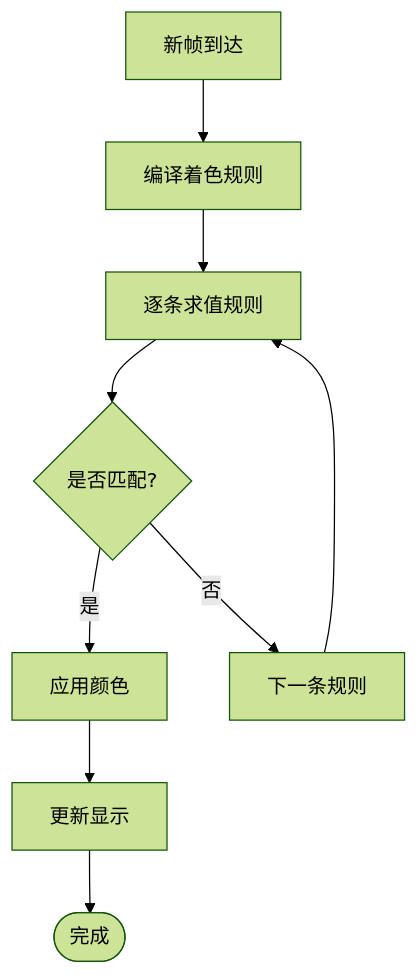
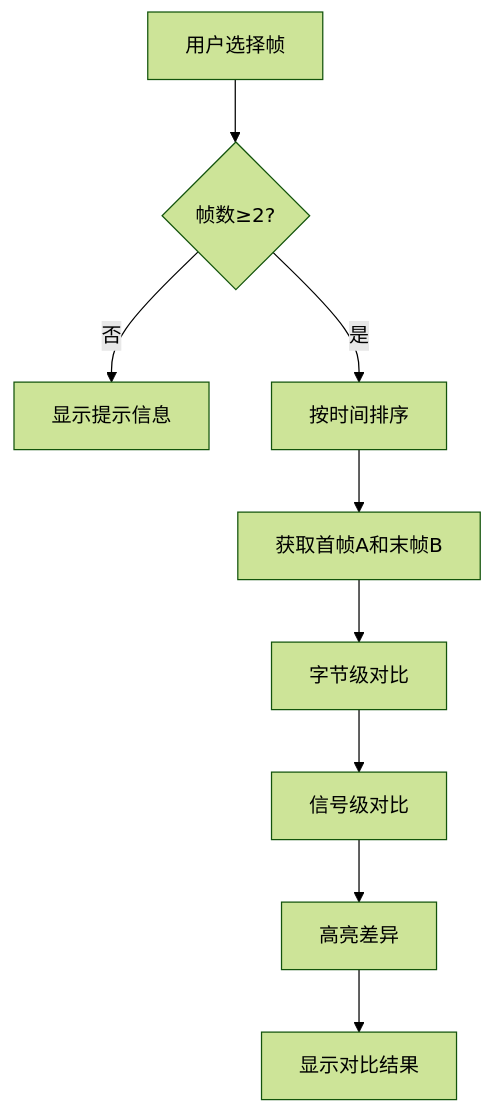
One commit to jakecai1225-design/OpenBus changed the sixth of 8 diagrams in .qoder/repowiki/zh/content/项目概述/CAN总线分析工具.md. Above: the diagram before and after it, drawn with Mermaid (forest theme). The commit also changed other lines of this file and 22 other files, not shown here.

Commit message:
trace graphic

````diff
--- a/.qoder/repowiki/zh/content/项目概述/CAN总线分析工具.md
+++ b/.qoder/repowiki/zh/content/项目概述/CAN总线分析工具.md
@@ -708,11 +692,11 @@
 ```mermaid
 flowchart TD
-NewFrame["新帧到达"] --> CompileRules["编译着色规则"]
-CompileRules --> EvaluateRules["逐条求值规则"]
-EvaluateRules --> CheckMatch{"是否匹配?"}
-CheckMatch --> |是| ApplyColor["应用颜色"]
-CheckMatch --> |否| NextRule["下一条规则"]
-NextRule --> EvaluateRules
-ApplyColor --> UpdateDisplay["更新显示"]
-UpdateDisplay --> End(["完成"])
+UserSelect["用户选择帧"] --> CheckCount{"帧数≥2?"}
+CheckCount --> |否| ShowHint["显示提示信息"]
+CheckCount --> |是| SortTime["按时间排序"]
+SortTime --> GetAB["获取首帧A和末帧B"]
+GetAB --> CompareBytes["字节级对比"]
+CompareBytes --> CompareSignals["信号级对比"]
+CompareSignals --> HighlightDiff["高亮差异"]
+HighlightDiff --> Display["显示对比结果"]
 ```
````
